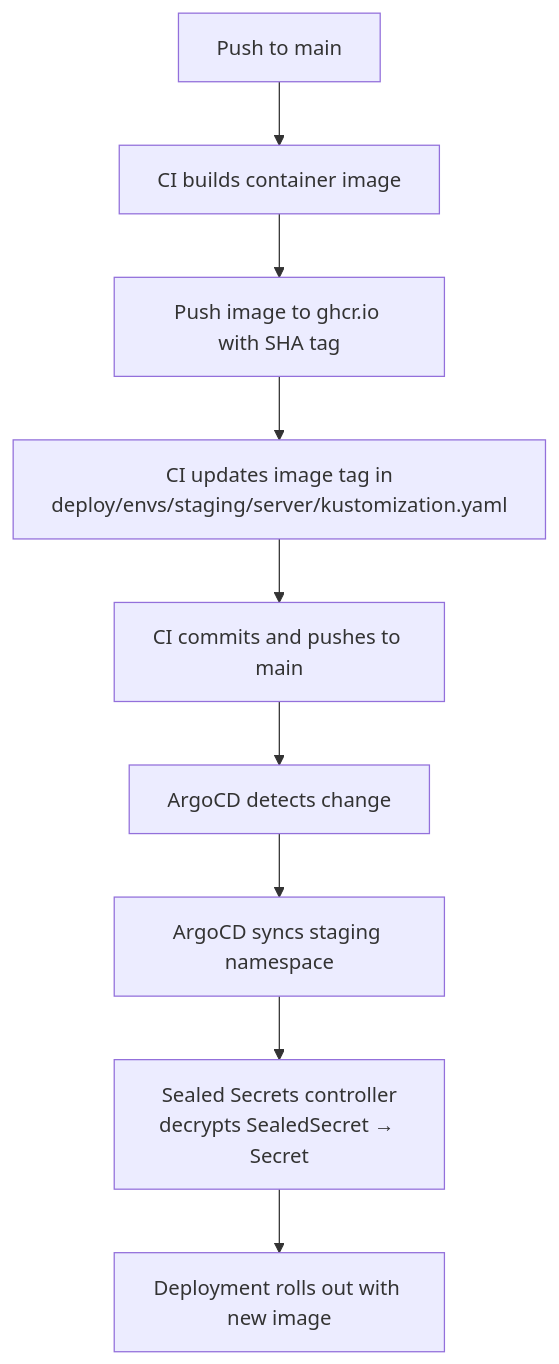
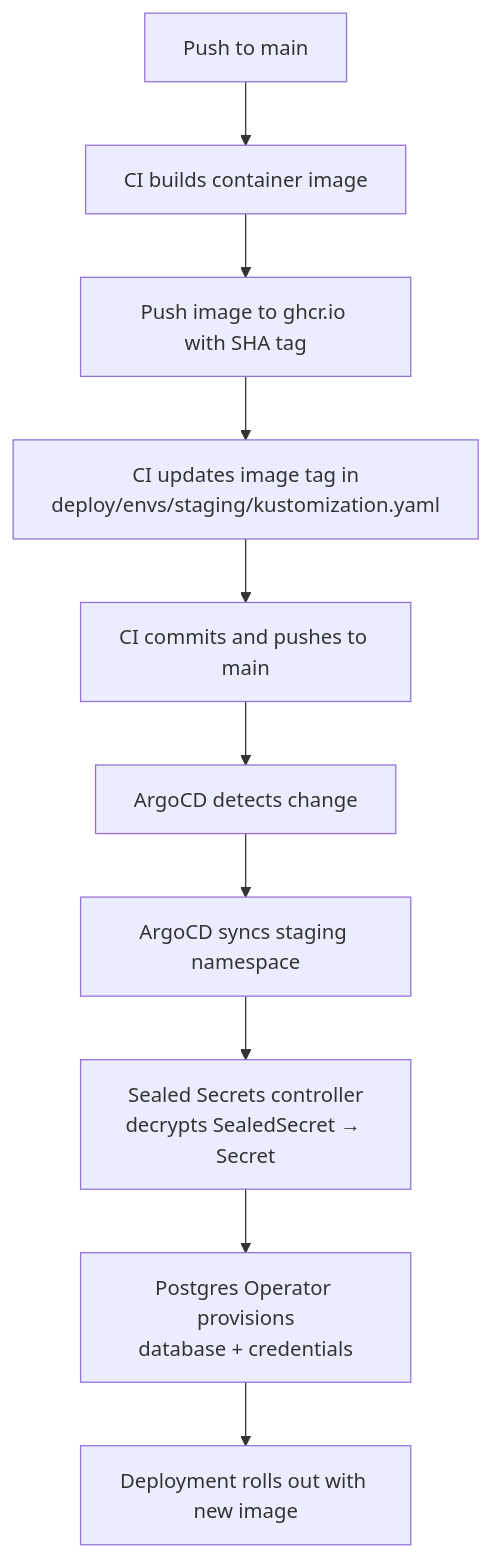
One commit to infosupport/promptyard changed the second of 3 diagrams in docs/architecture/07-deployment-view.md. Above: the diagram before and after it, drawn with Mermaid. The commit also changed other lines of this file, not shown here.

First line of the commit message:
Update deployment view to reflect App-of-Apps GitOps setup

````diff
--- a/docs/architecture/07-deployment-view.md
+++ b/docs/architecture/07-deployment-view.md
@@ -108,11 +163,12 @@
 ```mermaid
 flowchart TD
     A[Push to main] --> B[CI builds container image]
     B --> C[Push image to ghcr.io with SHA tag]
-    C --> D[CI updates image tag in\ndeploy/envs/staging/server/kustomization.yaml]
+    C --> D[CI updates image tag in\ndeploy/envs/staging/kustomization.yaml]
     D --> E[CI commits and pushes to main]
     E --> F[ArgoCD detects change]
     F --> G[ArgoCD syncs staging namespace]
     G --> H[Sealed Secrets controller\ndecrypts SealedSecret → Secret]
-    H --> I[Deployment rolls out with new image]
+    H --> I[Postgres Operator provisions\ndatabase + credentials]
+    I --> J[Deployment rolls out with new image]
 ```
````
